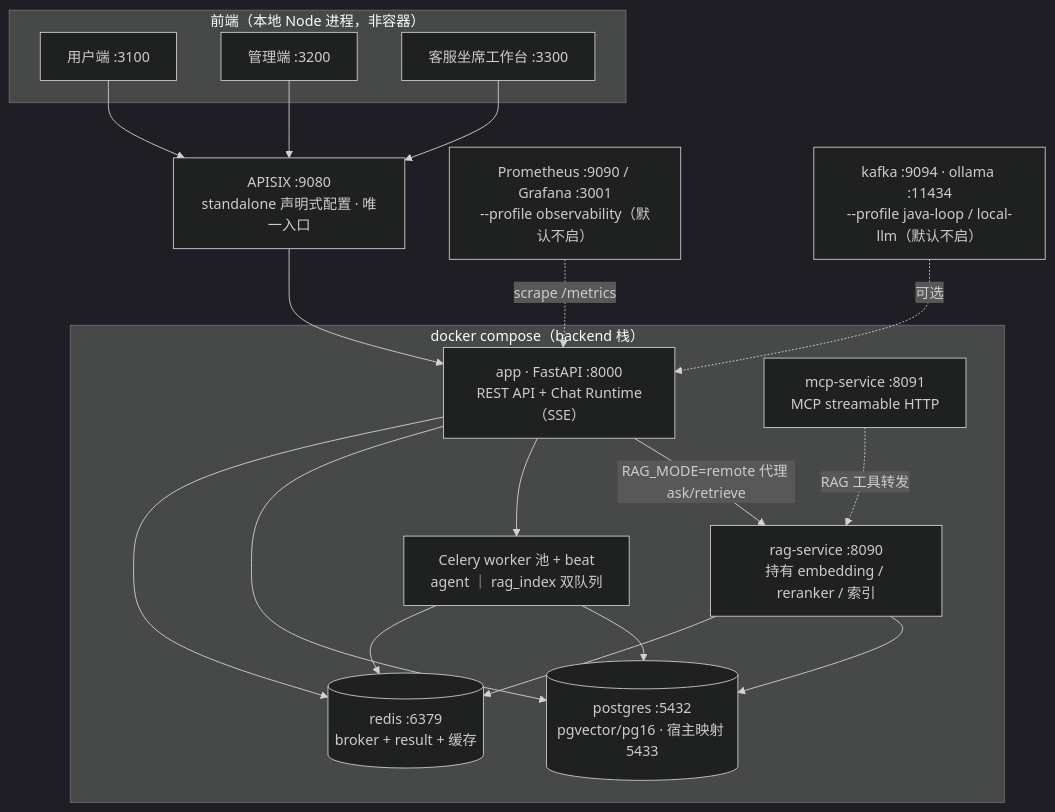
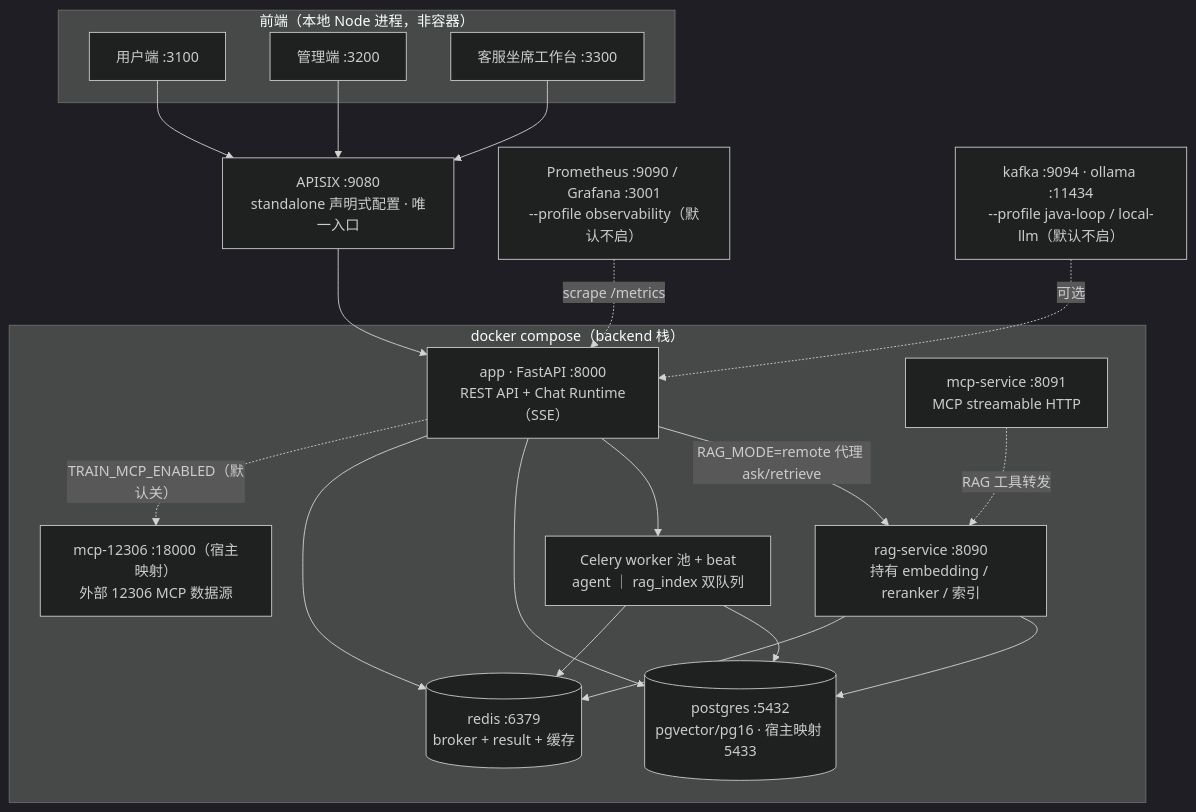
The diagram in docs/architecture/system-overview.md (Jayus-07/agent), drawn with Mermaid (dark theme) before and after one commit. The commit also changed other lines of this file and 6 other files, not shown here.

````diff
--- a/docs/architecture/system-overview.md
+++ b/docs/architecture/system-overview.md
@@ -11,38 +11,40 @@
 ```mermaid
 flowchart TB
     subgraph FE["前端（本地 Node 进程，非容器）"]
         WEB["用户端 :3100"]
         ADM["管理端 :3200"]
         CSW["客服坐席工作台 :3300"]
     end
 
     GW["APISIX :9080<br/>standalone 声明式配置 · 唯一入口"]
 
     subgraph DOCKER["docker compose（backend 栈）"]
         APP["app · FastAPI :8000<br/>REST API + Chat Runtime（SSE）"]
         RAGS["rag-service :8090<br/>持有 embedding / reranker / 索引"]
         MCPS["mcp-service :8091<br/>MCP streamable HTTP"]
+        MCPT["mcp-12306 :18000（宿主映射）<br/>外部 12306 MCP 数据源"]
         CEL["Celery worker 池 + beat<br/>agent ｜ rag_index 双队列"]
         PG[("postgres :5432<br/>pgvector/pg16 · 宿主映射 5433")]
         RD[("redis :6379<br/>broker + result + 缓存")]
     end
 
     OBS["Prometheus :9090 / Grafana :3001<br/>--profile observability（默认不启）"]
     KF["kafka :9094 · ollama :11434<br/>--profile java-loop / local-llm（默认不启）"]
 
     WEB --> GW
     ADM --> GW
     CSW --> GW
     GW --> APP
     APP -->|"RAG_MODE=remote 代理 ask/retrieve"| RAGS
     APP --> CEL
     APP --> PG
     APP --> RD
     RAGS --> PG
     RAGS --> RD
     CEL --> PG
     CEL --> RD
     MCPS -.->|"RAG 工具转发"| RAGS
+    APP -.->|"TRAIN_MCP_ENABLED（默认关）"| MCPT
     OBS -.->|scrape /metrics| APP
     KF -.->|可选| APP
 ```
````
